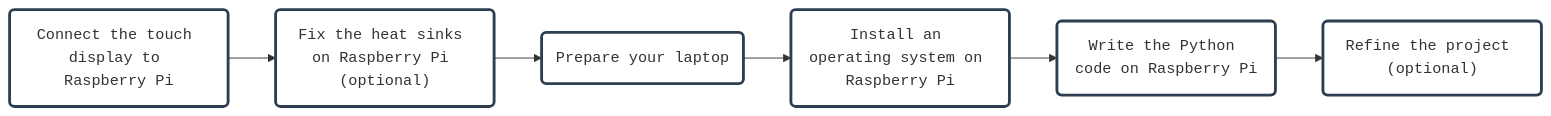
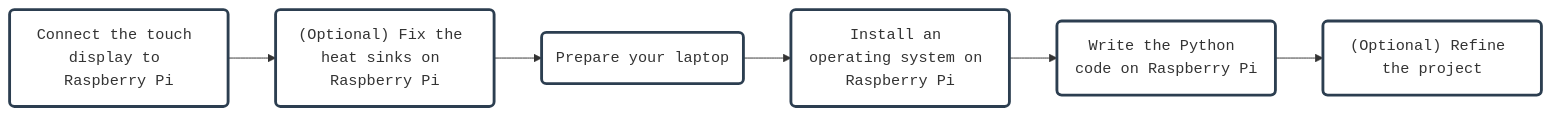
Before and after one commit to AninditaBasu/pi-projects: the diagram in _includes/mermaid_photo_frame_flowchart.md, drawn with Mermaid. The commit also changed 14 other files, not shown here.

```diff
--- a/_includes/mermaid_photo_frame_flowchart.md
+++ b/_includes/mermaid_photo_frame_flowchart.md
@@ -1,18 +1,18 @@
 <div class="mermaid">
 flowchart LR
-    A(Connect the touch display to Raspberry Pi) --> B("Fix the heat sinks on Raspberry Pi (optional)")
+    A(Connect the touch display to Raspberry Pi) --> B("(Optional) Fix the heat sinks on Raspberry Pi")
     B --> C(Prepare your laptop)
     C --> D(Install an operating system on Raspberry Pi)
     D --> E(Write the Python code on Raspberry Pi)
-	E --> F("Refine the project (optional)")
+	E --> F("(Optional) Refine the project")
 	
 	click A "https://aninditabasu.github.io/pi-projects/topics/pi_3b_attach_display.html"
 	click B "https://aninditabasu.github.io/pi-projects/topics/pi_3b_attach_heatsink.html"
 	click C "https://aninditabasu.github.io/pi-projects/topics/set_up_laptop.html"
 	click D "https://aninditabasu.github.io/pi-projects/topics/pi_3b_install_os.html"
 	click E "https://aninditabasu.github.io/pi-projects/topics/python_photo_frame.html"
 	click F "https://aninditabasu.github.io/pi-projects/topics/photo_frame_refine.html"
 	
 	classDef boxstyle fill:white,stroke:#2c3e50,stroke-width:3px,font-family: monospace;
     class A,B,C,D,E,F boxstyle;
 </div>
```
